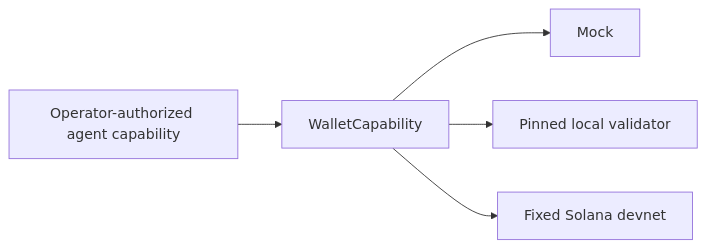
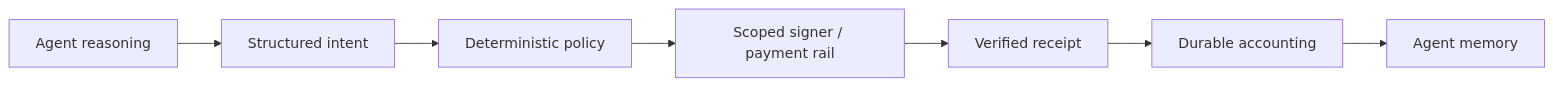
Before and after one commit to lewodro/autonomous-agent-economy: the second of 3 diagrams in README.md, drawn with Mermaid. The commit also changed other lines of this file, not shown here.

````diff
--- a/README.md
+++ b/README.md
@@ -433,7 +130,9 @@
 ```mermaid
 flowchart LR
- Agent[Operator-authorized agent capability] --> Wallet[WalletCapability]
- Wallet --> Mock[Mock]
- Wallet --> Local[Pinned local validator]
- Wallet --> Devnet[Fixed Solana devnet]
+    Reasoning[Agent reasoning] --> Intent[Structured intent]
+    Intent --> Policy[Deterministic policy]
+    Policy --> Signer[Scoped signer / payment rail]
+    Signer --> Receipt[Verified receipt]
+    Receipt --> Ledger[Durable accounting]
+    Ledger --> Memory[Agent memory]
 ```
````
